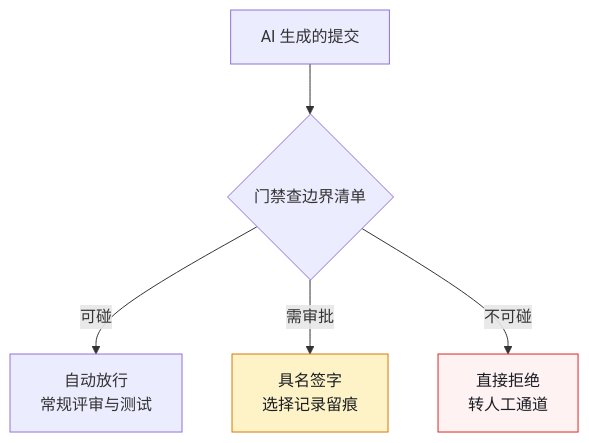
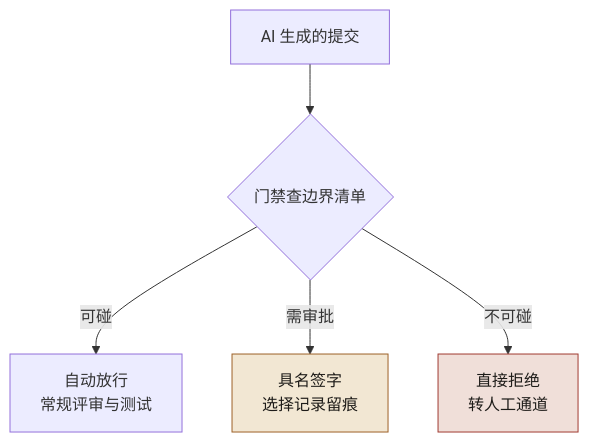
The third of 3 diagrams in docs/manuscript/ch06-第1章-AI原生不是让AI写代码.md (funny8kids/AI_Native_Software_Engineering), drawn with Mermaid before and after one commit. The commit also changed other lines of this file and 81 other files, not shown here.

````diff
--- a/docs/manuscript/ch06-第1章-AI原生不是让AI写代码.md
+++ b/docs/manuscript/ch06-第1章-AI原生不是让AI写代码.md
@@ -110,9 +115,9 @@
 ```mermaid
 flowchart TB
   S["AI 生成的提交"] --> G{"门禁查边界清单"}
   G -->|可碰| A1["自动放行<br/>常规评审与测试"]
   G -->|需审批| A2["具名签字<br/>选择记录留痕"]
   G -->|不可碰| A3["直接拒绝<br/>转人工通道"]
-  style A3 fill:#fef2f2,stroke:#dc2626,color:#1a1d23
-  style A2 fill:#fef3c7,stroke:#d97706,color:#1a1d23
+  style A3 fill:#f0dfd9,stroke:#a03b31,color:#1e1c19
+  style A2 fill:#f2e7d3,stroke:#9d6127,color:#1e1c19
 ```
````
